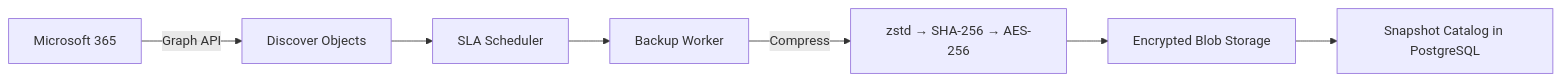
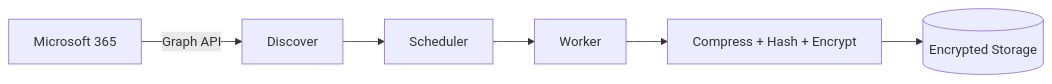
Before and after one commit to gpatwa/m365-vault: the second of 3 diagrams in docs/ARCHITECTURE.md, drawn with Mermaid. The commit also changed other lines of this file and 3 other files, not shown here.

First line of the commit message:
fix: remove emojis from Mermaid diagrams — Mermaid v11 strict syntax

````diff
--- a/docs/ARCHITECTURE.md
+++ b/docs/ARCHITECTURE.md
@@ -23,9 +23,8 @@
 ```mermaid
 graph LR
-    M365["Microsoft 365"] -->|Graph API| Discover["Discover Objects"]
-    Discover --> Schedule["SLA Scheduler"]
-    Schedule --> Worker["Backup Worker"]
-    Worker -->|Compress| Pipe["zstd → SHA-256 → AES-256"]
-    Pipe --> Store["Encrypted Blob Storage"]
-    Store --> Catalog["Snapshot Catalog in PostgreSQL"]
+    A[Microsoft 365] -->|Graph API| B[Discover]
+    B --> C[Scheduler]
+    C --> D[Worker]
+    D --> E[Compress + Hash + Encrypt]
+    E --> F[(Encrypted Storage)]
 ```
````
